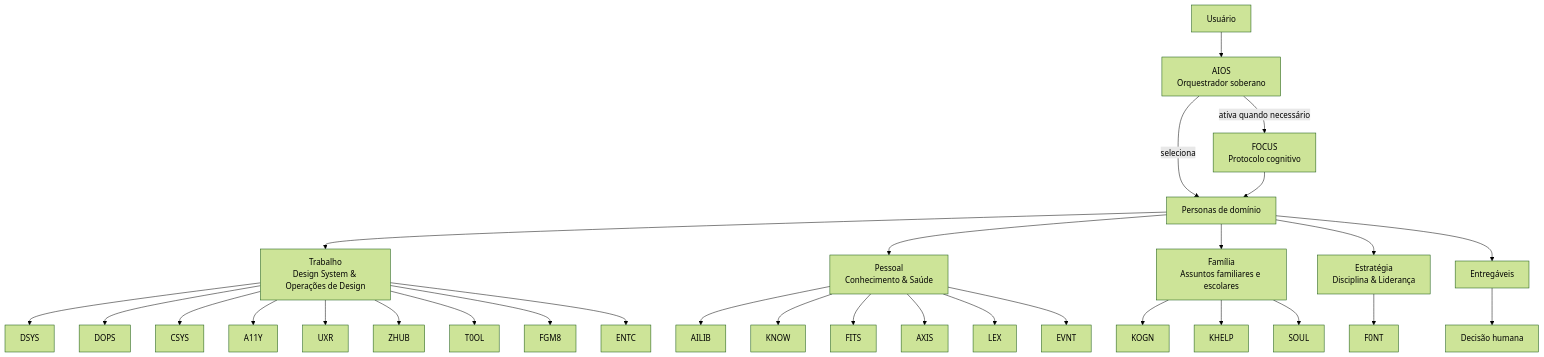
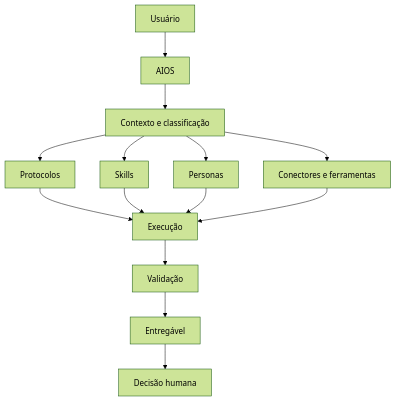
One commit to victorsmelo/aios-vmelo changed the diagram in docs/aios-persona-map.md. Above: the diagram before and after it, drawn with Mermaid (forest theme). The commit also changed other lines of this file, not shown here.

Commit message:
docs: update AIOS system map

````diff
--- a/docs/aios-persona-map.md
+++ b/docs/aios-persona-map.md
@@ -7,38 +5,16 @@
 ```mermaid
 flowchart TD
-  U[Usuário] --> AIOS[AIOS\nOrquestrador soberano]
-  AIOS -->|ativa quando necessário| FOCUS[FOCUS\nProtocolo cognitivo]
-  AIOS -->|seleciona| PERSONAS[Personas de domínio]
-
-  PERSONAS --> WORK[Trabalho\nDesign System & Operações de Design]
-  PERSONAS --> PERSONAL[Pessoal\nConhecimento & Saúde]
-  PERSONAS --> FAMILY[Família\nAssuntos familiares e escolares]
-  PERSONAS --> STRATEGY[Estratégia\nDisciplina & Liderança]
-
-  WORK --> DSYS[DSYS]
-  WORK --> DOPS[DOPS]
-  WORK --> CSYS[CSYS]
-  WORK --> A11Y[A11Y]
-  WORK --> UXR[UXR]
-  WORK --> ZHUB[ZHUB]
-  WORK --> T0OL[T0OL]
-  WORK --> FGM8[FGM8]
-  WORK --> ENTC[ENTC]
-
-  PERSONAL --> AILIB[AILIB]
-  PERSONAL --> KNOW[KNOW]
-  PERSONAL --> FITS[FITS]
-  PERSONAL --> AXIS[AXIS]
-  PERSONAL --> LEX[LEX]
-  PERSONAL --> EVNT[EVNT]
-
-  FAMILY --> KOGN[KOGN]
-  FAMILY --> KHELP[KHELP]
-  FAMILY --> SOUL[SOUL]
-
-  STRATEGY --> F0NT[F0NT]
-
-  FOCUS --> PERSONAS
-  PERSONAS --> OUT[Entregáveis]
-  OUT --> H[Decisão humana]
+  U[Usuário] --> A[AIOS]
+  A --> C[Contexto e classificação]
+  C --> P[Protocolos]
+  C --> S[Skills]
+  C --> D[Personas]
+  C --> T[Conectores e ferramentas]
+  P --> X[Execução]
+  S --> X
+  D --> X
+  T --> X
+  X --> V[Validação]
+  V --> O[Entregável]
+  O --> H[Decisão humana]
 ```
````
